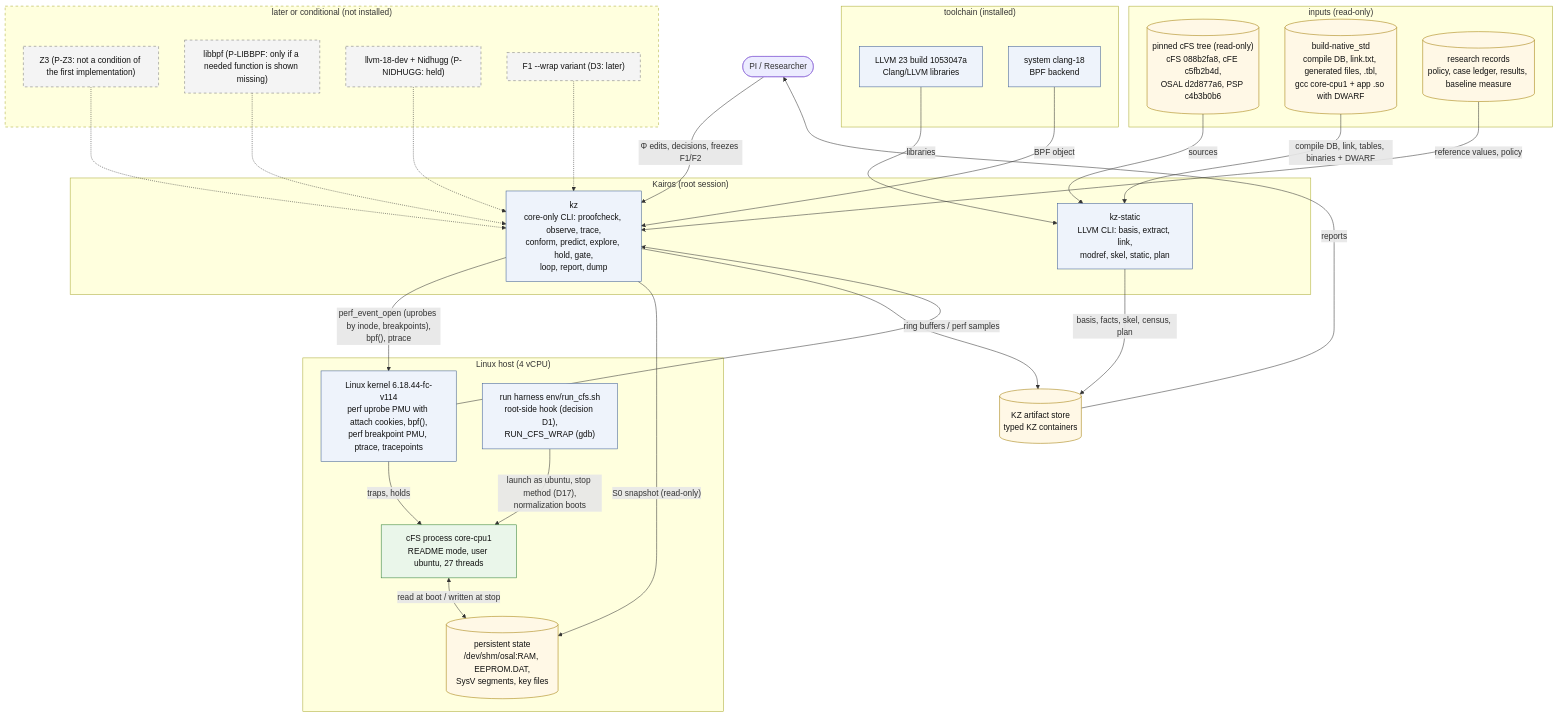
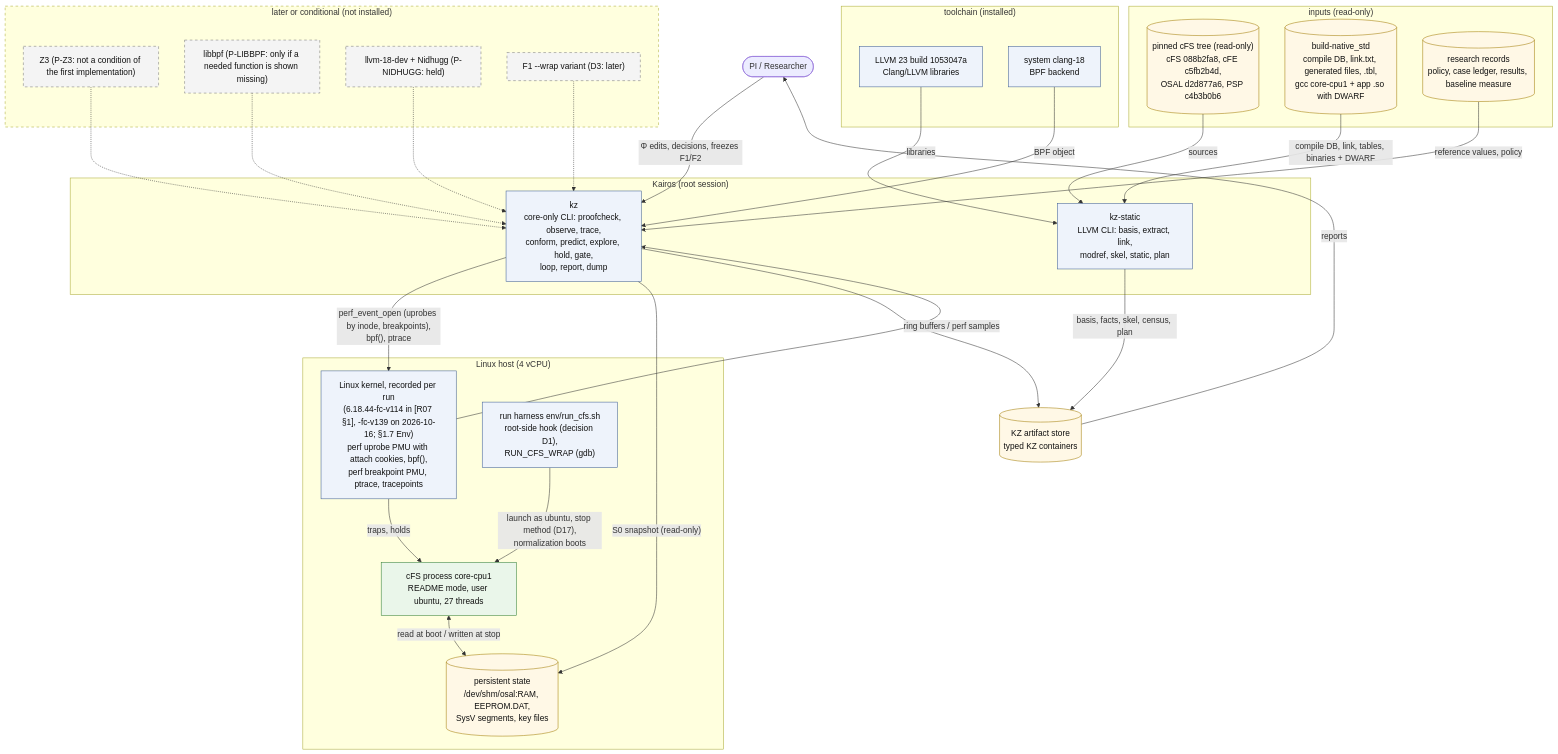
Before and after one commit to wookjaeya/Shape-Perf: the first of 4 diagrams in research/cfs_procrace/Architecture/02_architecture.md, drawn with Mermaid. The commit also changed other lines of this file and 41 other files, not shown here.

First line of the commit message:
rev 1.3 diagrams: D0-D4, D6-D9 updated and re-rendered (mermaid-cli 11.17.0); diagrams README at rev 1.3; embedded figure blocks in 01-10 synced with the sources

````diff
--- a/research/cfs_procrace/Architecture/02_architecture.md
+++ b/research/cfs_procrace/Architecture/02_architecture.md
@@ -100,70 +100,70 @@
 ```mermaid
 flowchart TD
-    %% D1 - System context. Source: spec §12 D1; §2.2, §2.6, §5.1, §1.7, §10.1.
+    %% D1 - System context. Source: spec §12 D1 (rev 1.2; unchanged in rev 1.3); §2.2, §2.6, §5.1, §1.7, §10.1.
     %% Dashed border + dashed edge = later or conditional node (not installed; not a condition of the first implementation). Revision 1.2 removed MLIR (D6), the TSan variant (P-TSAN) and the valgrind reference point (P-VALGRIND).
 
     PI(["PI / Researcher"])
 
     subgraph KZ["Kairos (root session)"]
         KZS["kz-static<br/>LLVM CLI: basis, extract, link,<br/>modref, skel, static, plan"]
         KZC["kz<br/>core-only CLI: proofcheck, observe, trace,<br/>conform, predict, explore, hold, gate,<br/>loop, report, dump"]
     end
 
     subgraph SRC["inputs (read-only)"]
         TREE[("pinned cFS tree (read-only)<br/>cFS 088b2fa8, cFE c5fb2b4d,<br/>OSAL d2d877a6, PSP c4b3b0b6")]
         BUILD[("build-native_std<br/>compile DB, link.txt, generated files, .tbl,<br/>gcc core-cpu1 + app .so with DWARF")]
         REC[("research records<br/>policy, case ledger, results, baseline measure")]
     end
 
     subgraph TOOLS["toolchain (installed)"]
         LLVM["LLVM 23 build 1053047a<br/>Clang/LLVM libraries"]
         CL18["system clang-18<br/>BPF backend"]
     end
 
     subgraph HOST["Linux host (4 vCPU)"]
-        KER["Linux kernel 6.18.44-fc-v114<br/>perf uprobe PMU with attach cookies, bpf(),<br/>perf breakpoint PMU, ptrace, tracepoints"]
+        KER["Linux kernel, recorded per run<br/>(6.18.44-fc-v114 in [R07 §1], -fc-v139 on 2026-10-16; §1.7 Env)<br/>perf uprobe PMU with attach cookies, bpf(),<br/>perf breakpoint PMU, ptrace, tracepoints"]
         HAR["run harness env/run_cfs.sh<br/>root-side hook (decision D1),<br/>RUN_CFS_WRAP (gdb)"]
         CFS["cFS process core-cpu1<br/>README mode, user ubuntu, 27 threads"]
         PST[("persistent state<br/>/dev/shm/osal:RAM, EEPROM.DAT,<br/>SysV segments, key files")]
     end
 
     STORE[("KZ artifact store<br/>typed KZ containers")]
 
     subgraph GATED["later or conditional (not installed)"]
         Z3["Z3 (P-Z3: not a condition of the first implementation)"]
         LBPF["libbpf (P-LIBBPF: only if a needed function is shown missing)"]
         NID["llvm-18-dev + Nidhugg (P-NIDHUGG: held)"]
         WRAP["F1 --wrap variant (D3: later)"]
     end
 
     PI -->|"Φ edits, decisions, freezes F1/F2"| KZC
     TREE -->|"sources"| KZS
     BUILD -->|"compile DB, link, tables, binaries + DWARF"| KZS
     LLVM -->|"libraries"| KZS
     CL18 -->|"BPF object"| KZC
     REC -->|"reference values, policy"| KZC
     HAR -->|"launch as ubuntu, stop method (D17),<br/>normalization boots"| CFS
     KZC -->|"perf_event_open (uprobes by inode, breakpoints),<br/>bpf(), ptrace"| KER
     KER -->|"traps, holds"| CFS
     KER -->|"ring buffers / perf samples"| KZC
     CFS <-->|"read at boot / written at stop"| PST
     KZC -->|"S0 snapshot (read-only)"| PST
     KZS -->|"basis, facts, skel, census, plan"| STORE
     KZC --> STORE
     STORE -->|"reports"| PI
 
     Z3 -.-> KZC
     LBPF -.-> KZC
     NID -.-> KZC
     WRAP -.-> KZC
 
     classDef comp fill:#eef3fb,stroke:#3b5b92,color:#111
     classDef art fill:#fff8e6,stroke:#a07a00,color:#111
     classDef gated fill:#f4f4f4,stroke:#777,stroke-dasharray:5 5,color:#111
     classDef bin fill:#eaf6ea,stroke:#2e7d32,color:#111
     class KZS,KZC,LLVM,CL18,KER,HAR comp
     class TREE,BUILD,REC,PST,STORE art
     class Z3,LBPF,NID,WRAP gated
     class CFS bin
     style GATED stroke-dasharray:5 5
 ```
````
